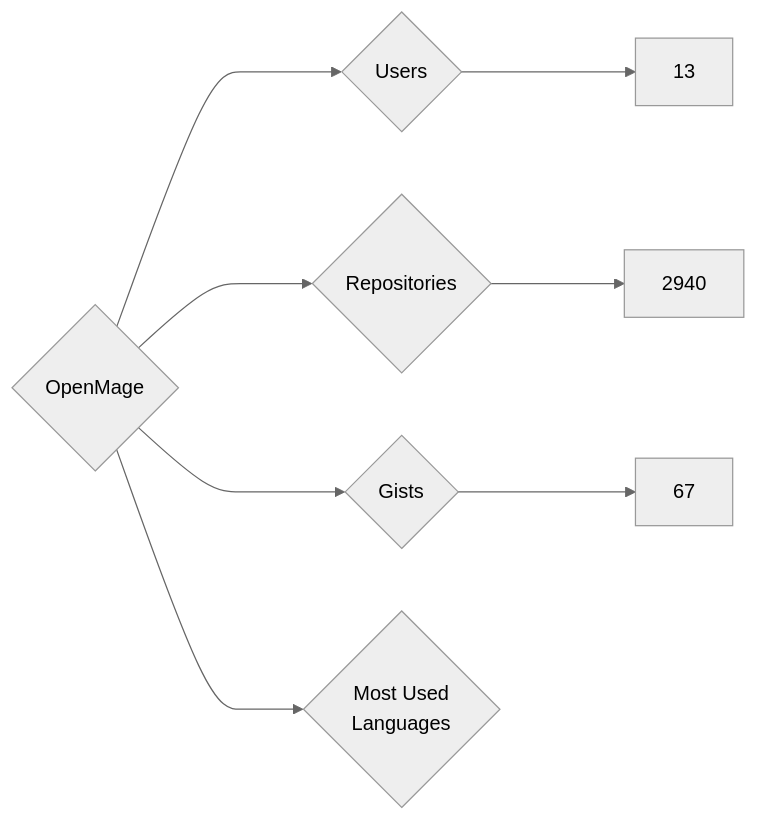
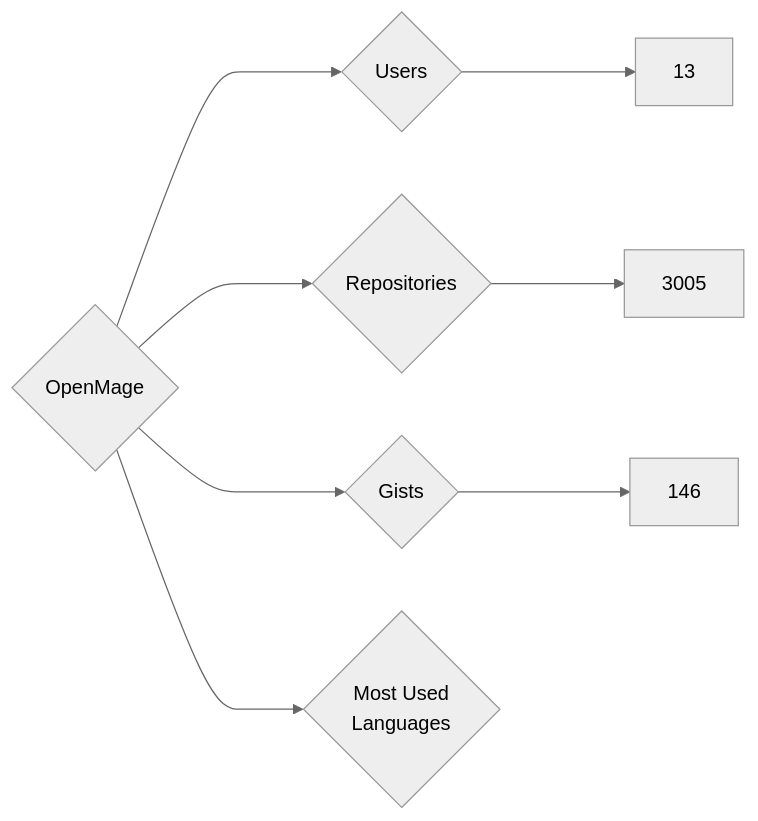
The diagram in targets/OpenMage/README.md (nenadzaric/insiders), drawn with Mermaid (neutral theme) before and after one commit. The commit also changed 1342 other files, not shown here.

````diff
--- a/targets/OpenMage/README.md
+++ b/targets/OpenMage/README.md
@@ -3,8 +3,8 @@
 ```mermaid
 graph LR
 COMPANY_NAME{OpenMage}
 COMPANY_NAME ---> U{Users} ---> UN[13]
-COMPANY_NAME ---> R{Repositories} ---> RN[2940]
-COMPANY_NAME ---> G{Gists} ---> GN[67]
+COMPANY_NAME ---> R{Repositories} ---> RN[3005]
+COMPANY_NAME ---> G{Gists} ---> GN[146]
 COMPANY_NAME ---> ML{Most Used<br>Languages}
 ```
````
